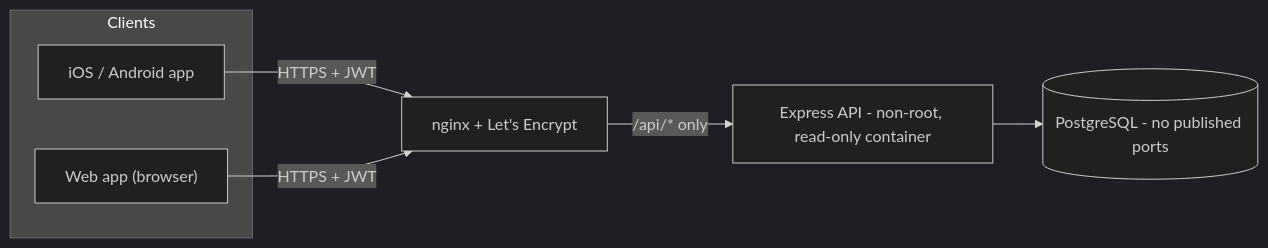
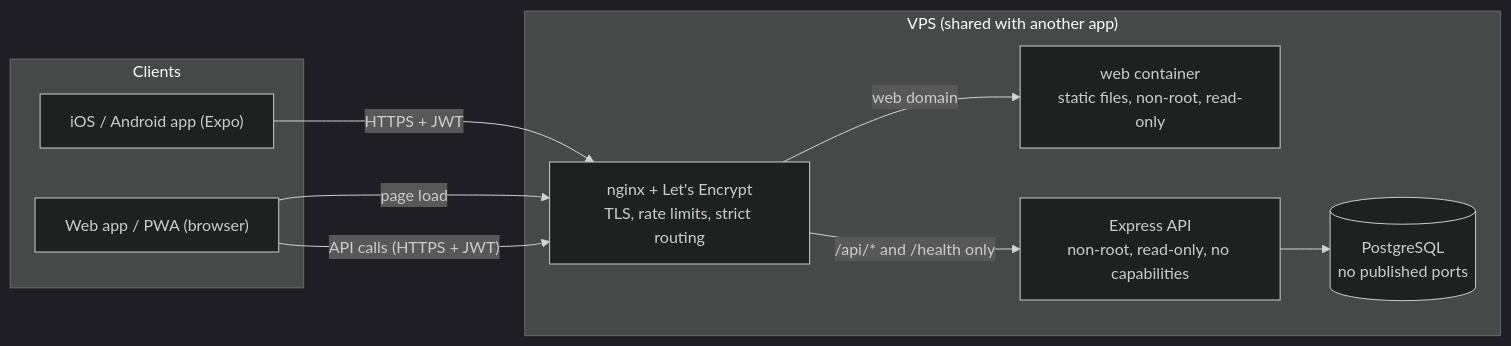
The first of 2 diagrams in README.md (Jump0ts/mymoney), drawn with Mermaid (dark theme) before and after one commit. The commit also changed other lines of this file and 6 other files, not shown here.

````diff
--- a/README.md
+++ b/README.md
@@ -52,11 +67,19 @@
 ```mermaid
 flowchart LR
   subgraph Clients
-    A["iOS / Android app"]
-    W["Web app (browser)"]
+    A["iOS / Android app (Expo)"]
+    W["Web app / PWA (browser)"]
   end
-  A -->|"HTTPS + JWT"| N["nginx + Let's Encrypt"]
-  W -->|"HTTPS + JWT"| N
-  N -->|"/api/* only"| API["Express API - non-root, read-only container"]
-  API --> DB[("PostgreSQL - no published ports")]
+  subgraph VPS["VPS (shared with another app)"]
+    N["nginx + Let's Encrypt<br/>TLS, rate limits, strict routing"]
+    WEB["web container<br/>static files, non-root, read-only"]
+    API["Express API<br/>non-root, read-only, no capabilities"]
+    DB[("PostgreSQL<br/>no published ports")]
+  end
+  A -->|"HTTPS + JWT"| N
+  W -->|"page load"| N
+  W -->|"API calls (HTTPS + JWT)"| N
+  N -->|"web domain"| WEB
+  N -->|"/api/* and /health only"| API
+  API --> DB
 ```
````
